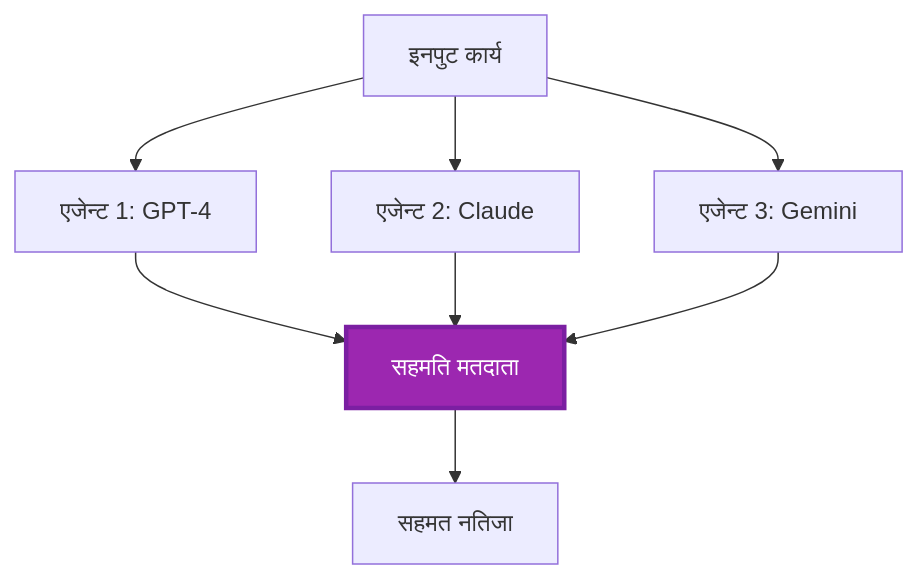
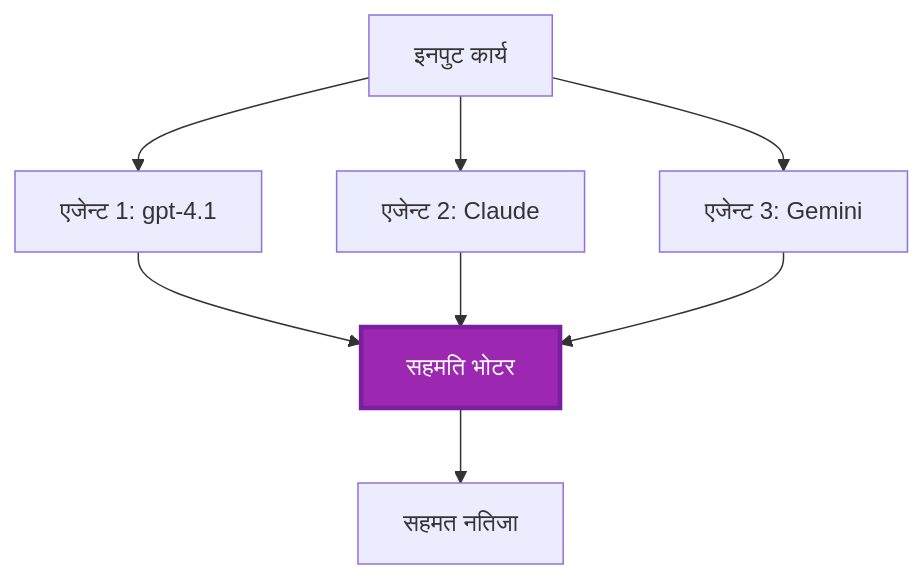
One commit to microsoft/AZD-for-beginners changed the fifth of 6 diagrams in translations/ne/docs/chapter-06-pre-deployment/coordination-patterns.md. Above: the diagram before and after it, drawn with Mermaid. The commit also changed other lines of this file and 101 other files, not shown here.

````diff
--- a/translations/ne/docs/chapter-06-pre-deployment/coordination-patterns.md
+++ b/translations/ne/docs/chapter-06-pre-deployment/coordination-patterns.md
@@ -231,19 +225,19 @@
 ```mermaid
 graph TB
     Input[इनपुट कार्य]
-    Agent1[एजेन्ट 1: GPT-4]
+    Agent1[एजेन्ट 1: gpt-4.1]
     Agent2[एजेन्ट 2: Claude]
     Agent3[एजेन्ट 3: Gemini]
-    Voter[सहमति मतदाता]
+    Voter[सहमति भोटर]
     Output[सहमत नतिजा]
     
     Input --> Agent1
     Input --> Agent2
     Input --> Agent3
     Agent1 --> Voter
     Agent2 --> Voter
     Agent3 --> Voter
     Voter --> Output
     
     style Voter fill:#9C27B0,stroke:#7B1FA2,stroke-width:3px,color:#fff
 ```
````
